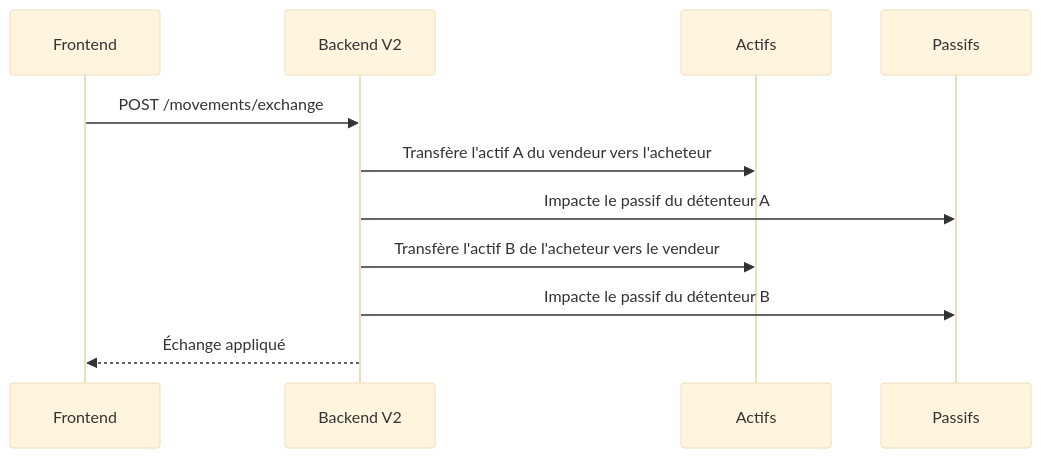
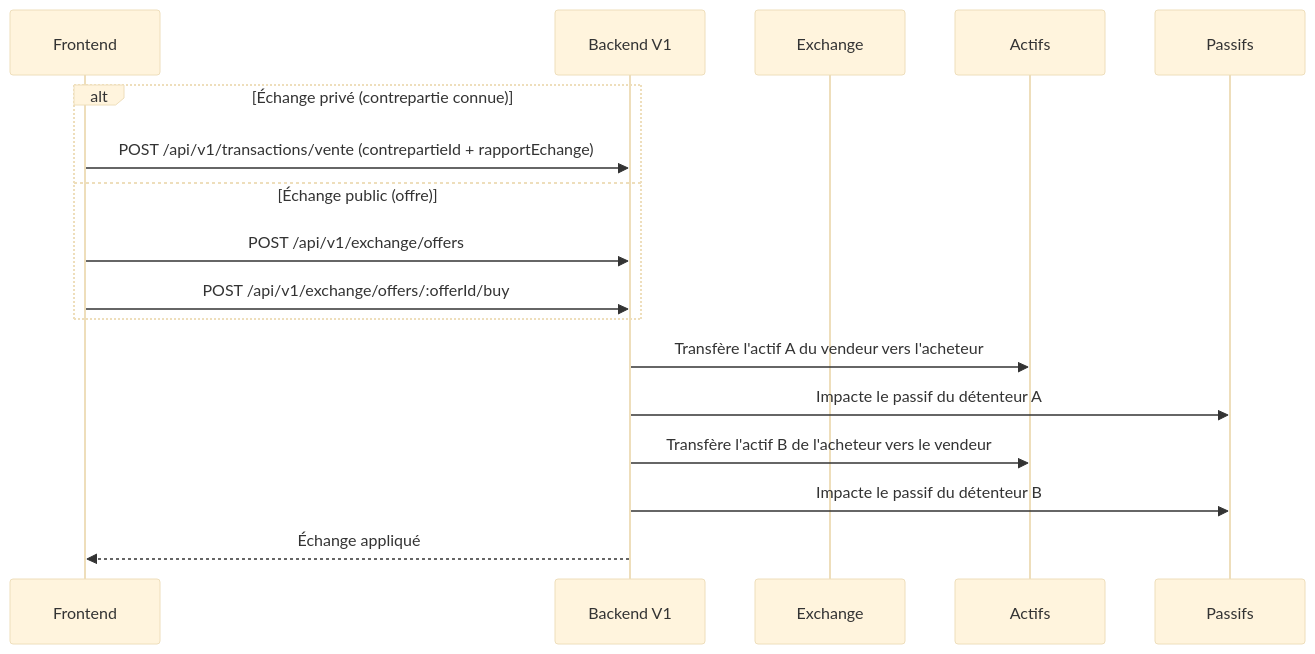
Before and after one commit to raDominique/commercegestion_back: the third of 4 diagrams in docs/tache_02_11_2026.md, drawn with Mermaid (base theme). The commit also changed other lines of this file, not shown here.

Commit message:
feat(docs): update documentation for V1 movements integration and endpoints

````diff
--- a/docs/tache_02_11_2026.md
+++ b/docs/tache_02_11_2026.md
@@ -67,14 +113,20 @@
 ```mermaid
 sequenceDiagram
     participant F as Frontend
-    participant B as Backend V2
+    participant B as Backend V1
+    participant E as Exchange
     participant A as Actifs
     participant P as Passifs
 
-    F->>B: POST /movements/exchange
+    alt Échange privé (contrepartie connue)
+        F->>B: POST /api/v1/transactions/vente (contrepartieId + rapportEchange)
+    else Échange public (offre)
+        F->>B: POST /api/v1/exchange/offers
+        F->>B: POST /api/v1/exchange/offers/:offerId/buy
+    end
     B->>A: Transfère l'actif A du vendeur vers l'acheteur
     B->>P: Impacte le passif du détenteur A
     B->>A: Transfère l'actif B de l'acheteur vers le vendeur
     B->>P: Impacte le passif du détenteur B
     B-->>F: Échange appliqué
 ```
````
